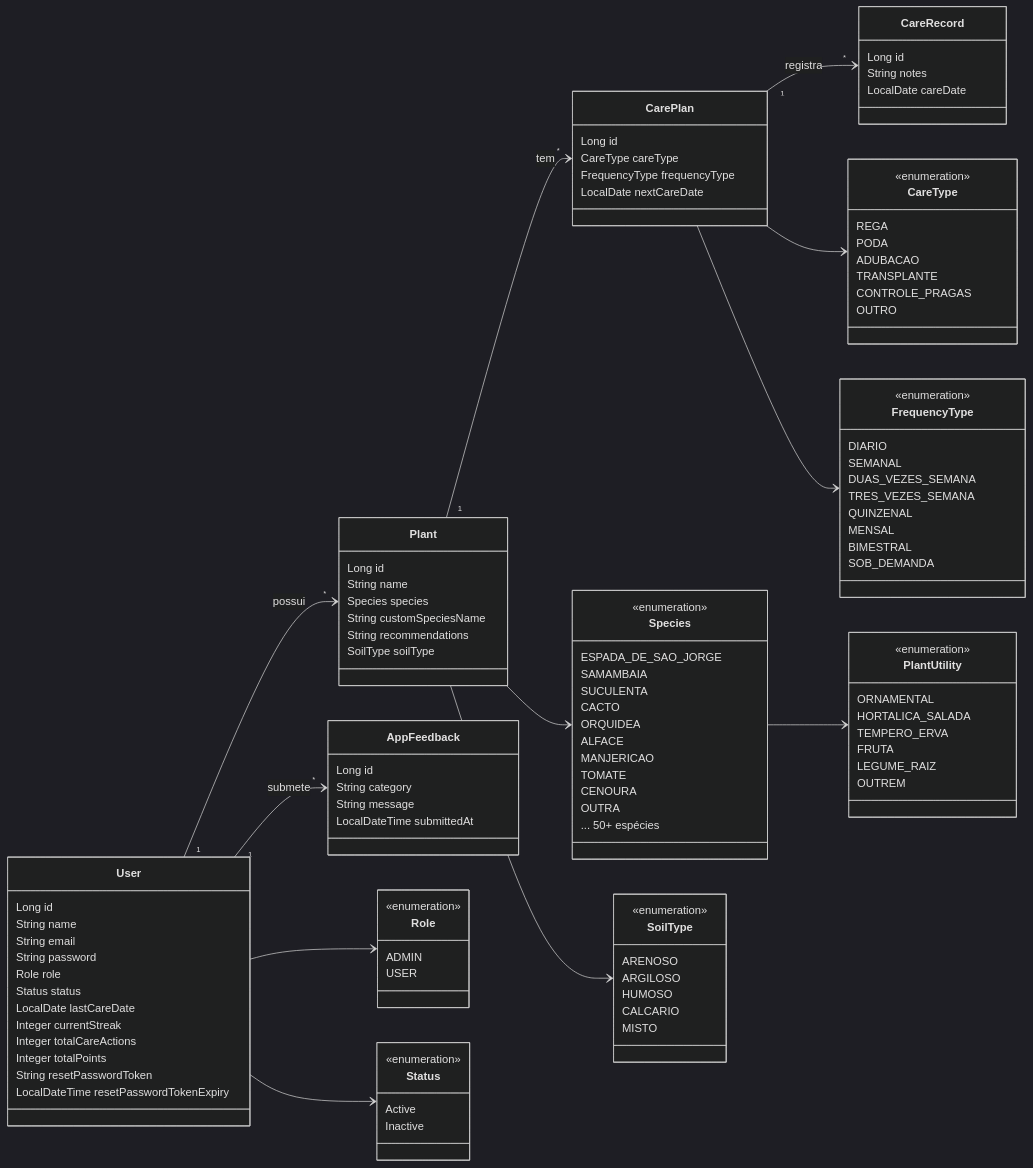
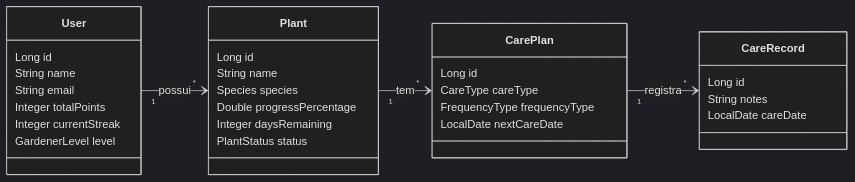
Before and after one commit to matheus05dev/grevia-api: the diagram in docs/backend-architecture.md, drawn with Mermaid (dark theme). The commit also changed other lines of this file and 6 other files, not shown here.

````diff
--- a/docs/backend-architecture.md
+++ b/docs/backend-architecture.md
@@ -187,31 +106,18 @@
         Long id
         String name
         String email
-        String password
-        Role role
-        Status status
-        LocalDate lastCareDate
+        Integer totalPoints
         Integer currentStreak
-        Integer totalCareActions
-        Integer totalPoints
-        String resetPasswordToken
-        LocalDateTime resetPasswordTokenExpiry
+        GardenerLevel level
     }
 
     class Plant {
         Long id
         String name
         Species species
-        String customSpeciesName
-        String recommendations
-        SoilType soilType
-    }
-
-    class AppFeedback {
-        Long id
-        String category
-        String message
-        LocalDateTime submittedAt
+        Double progressPercentage
+        Integer daysRemaining
+        PlantStatus status
     }
 
     class CarePlan {
@@ -227,84 +133,7 @@
         LocalDate careDate
     }
 
-    class Role {
-        <<enumeration>>
-        ADMIN
-        USER
-    }
-
-    class Status {
-        <<enumeration>>
-        Active
-        Inactive
-    }
-
-    class Species {
-        <<enumeration>>
-        ESPADA_DE_SAO_JORGE
-        SAMAMBAIA
-        SUCULENTA
-        CACTO
-        ORQUIDEA
-        ALFACE
-        MANJERICAO
-        TOMATE
-        CENOURA
-        OUTRA
-        ... 50+ espécies
-    }
-
-    class PlantUtility {
-        <<enumeration>>
-        ORNAMENTAL
-        HORTALICA_SALADA
-        TEMPERO_ERVA
-        FRUTA
-        LEGUME_RAIZ
-        OUTREM
-    }
-
-    class SoilType {
-        <<enumeration>>
-        ARENOSO
-        ARGILOSO
-        HUMOSO
-        CALCARIO
-        MISTO
-    }
-
-    class CareType {
-        <<enumeration>>
-        REGA
-        PODA
-        ADUBACAO
-        TRANSPLANTE
-        CONTROLE_PRAGAS
-        OUTRO
-    }
-
-    class FrequencyType {
-        <<enumeration>>
-        DIARIO
-        SEMANAL
-        DUAS_VEZES_SEMANA
-        TRES_VEZES_SEMANA
-        QUINZENAL
-        MENSAL
-        BIMESTRAL
-        SOB_DEMANDA
-    }
-
     User "1" --> "*" Plant : possui
-    User "1" --> "*" AppFeedback : submete
     Plant "1" --> "*" CarePlan : tem
     CarePlan "1" --> "*" CareRecord : registra
-
-    User --> Role
-    User --> Status
-    Plant --> Species
-    Plant --> SoilType
-    Species --> PlantUtility
-    CarePlan --> CareType
-    CarePlan --> FrequencyType
 ```
````
